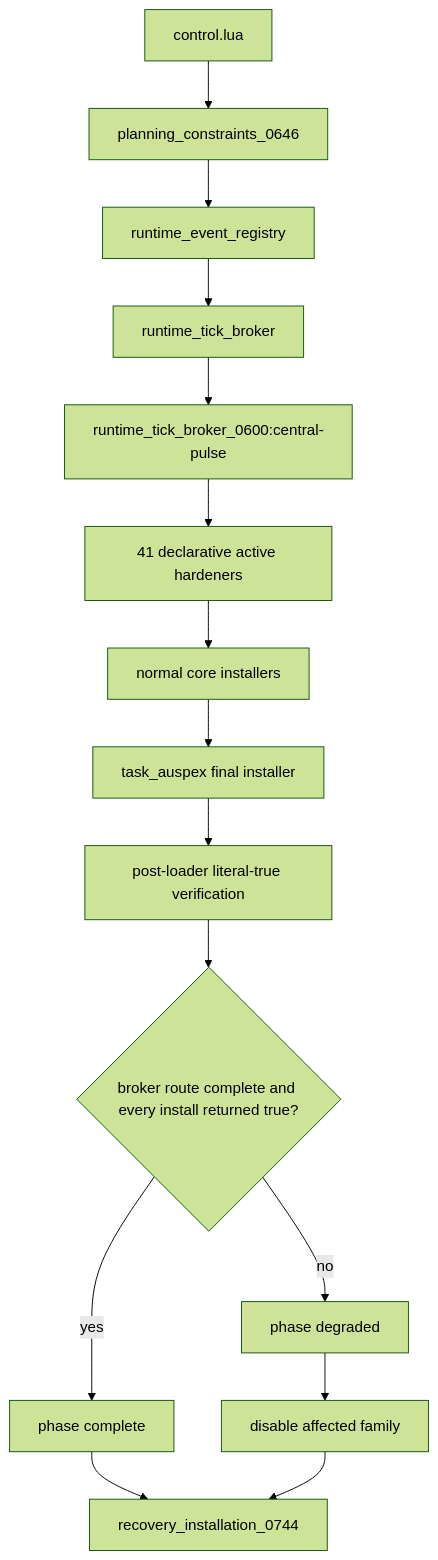
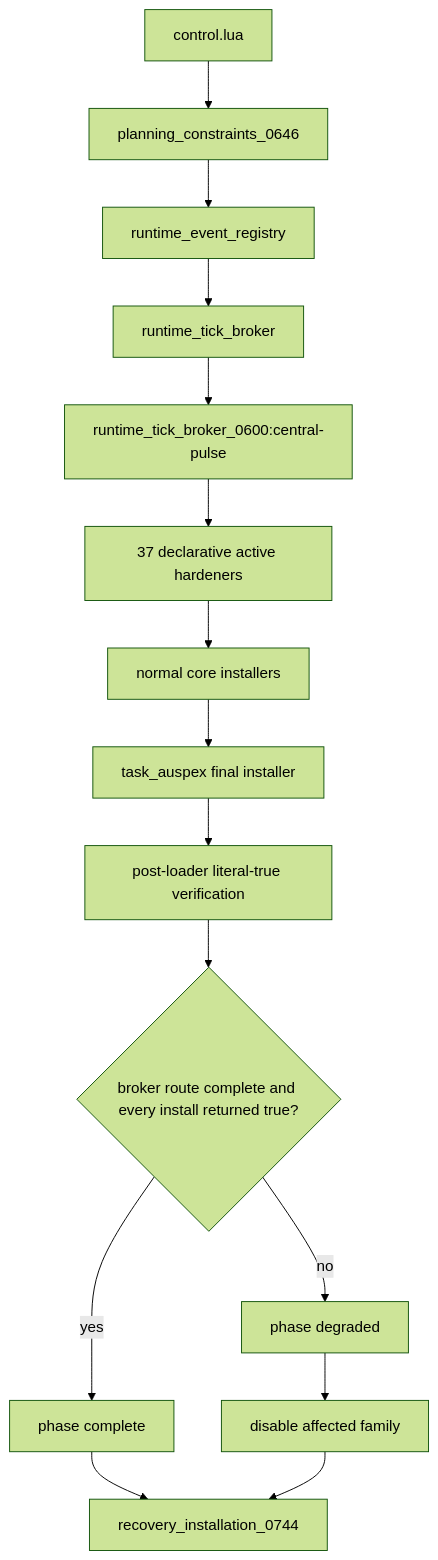
Before and after one commit to mrcalzon02/Tech-Priests: the second of 13 diagrams in docs/RECOVERY_AUTHORITY_MAP_CURRENT.md, drawn with Mermaid (forest theme). The commit also changed other lines of this file, not shown here.

````diff
--- a/docs/RECOVERY_AUTHORITY_MAP_CURRENT.md
+++ b/docs/RECOVERY_AUTHORITY_MAP_CURRENT.md
@@ -27,21 +27,21 @@
 ```mermaid
 flowchart TD
     Control[control.lua]
     Planning[planning_constraints_0646]
     Registry[runtime_event_registry]
     Broker[runtime_tick_broker]
     Route[runtime_tick_broker_0600:central-pulse]
-    Active[41 declarative active hardeners]
+    Active[37 declarative active hardeners]
     Core[normal core installers]
     Final[task_auspex final installer]
     Verify[post-loader literal-true verification]
     Complete{broker route complete and every install returned true?}
     Ready[phase complete]
     Degraded[phase degraded]
     Disable[disable affected family]
     Ledger[recovery_installation_0744]
 
     Control --> Planning --> Registry --> Broker --> Route --> Active --> Core --> Final --> Verify --> Complete
     Complete -- yes --> Ready --> Ledger
     Complete -- no --> Degraded --> Disable --> Ledger
 ```
````
